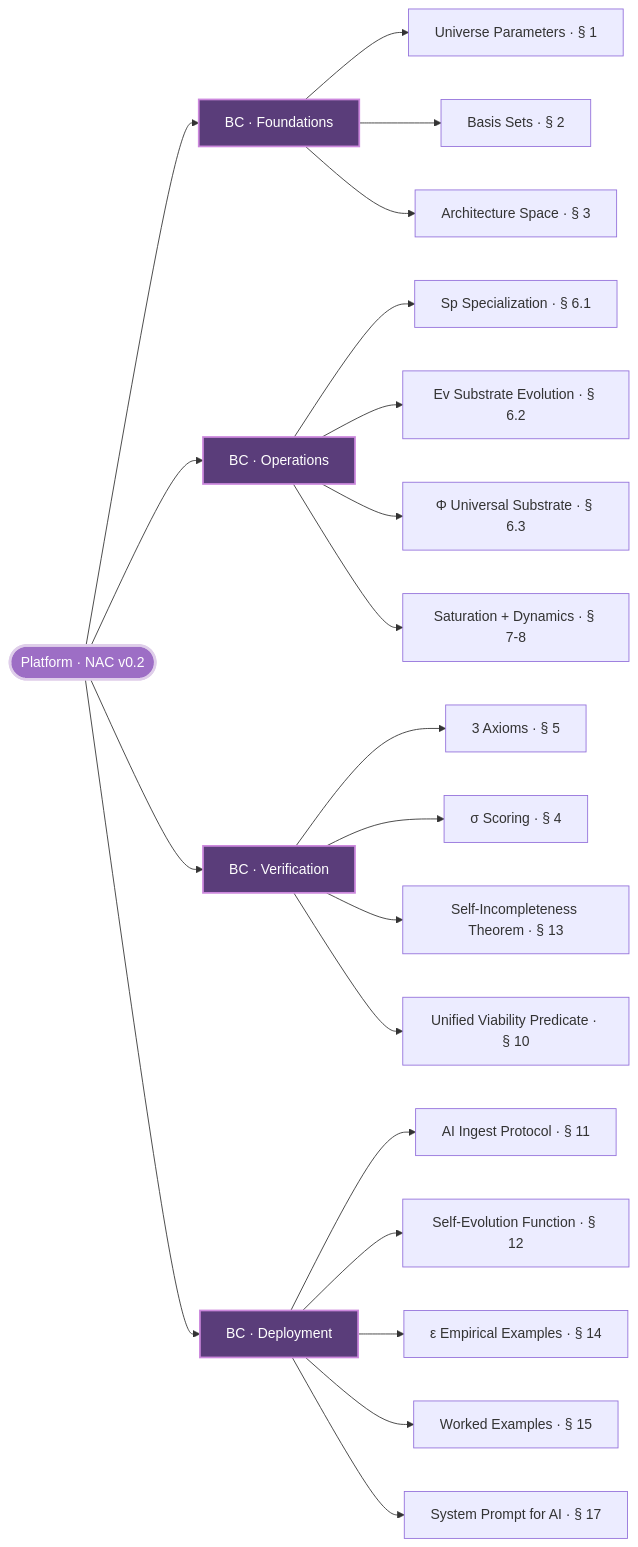
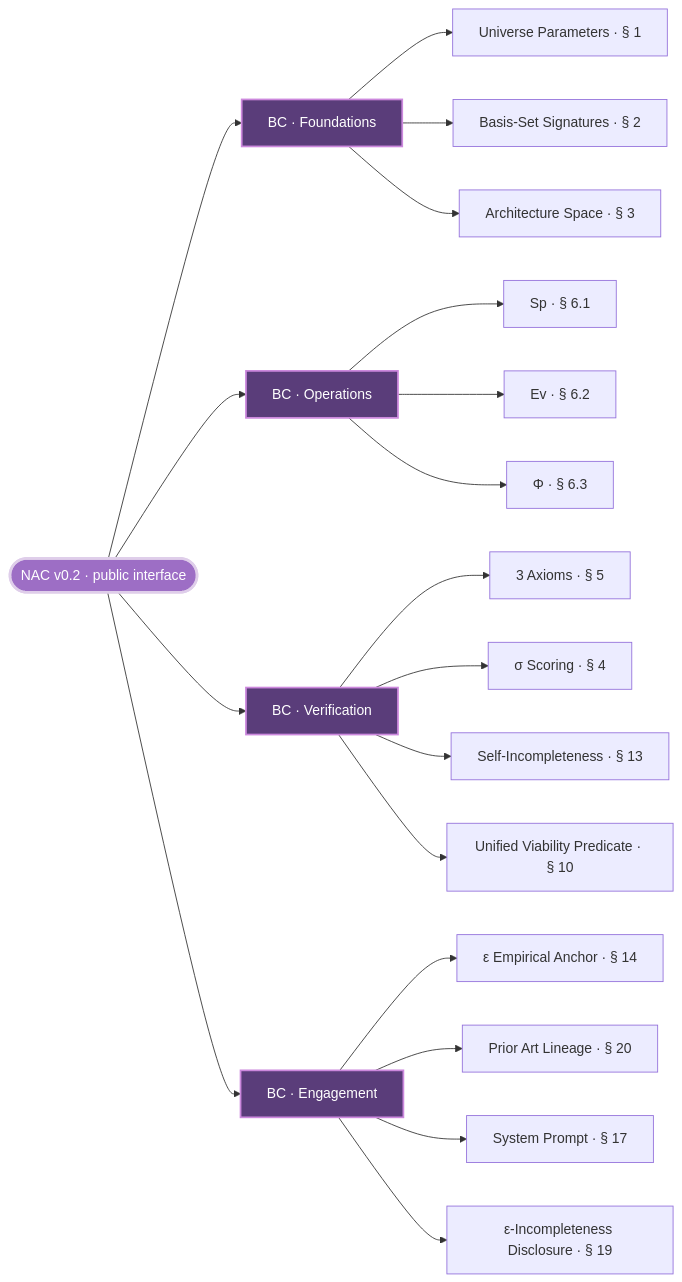
The eighth of 9 diagrams in visuals.md (LostMaxi/nac-architecture-calculus), drawn with Mermaid before and after one commit. The commit also changed other lines of this file and 2 other files, not shown here.

````diff
--- a/visuals.md
+++ b/visuals.md
@@ -253,34 +233,32 @@
 ```mermaid
 graph LR
-    PLATFORM([Platform · NAC v0.2])
+    PLATFORM([NAC v0.2 · public interface])
 
     PLATFORM --> BC1[BC · Foundations]
     PLATFORM --> BC2[BC · Operations]
     PLATFORM --> BC3[BC · Verification]
-    PLATFORM --> BC4[BC · Deployment]
+    PLATFORM --> BC4[BC · Engagement]
 
     BC1 --> Board11[Universe Parameters · § 1]
-    BC1 --> Board12[Basis Sets · § 2]
+    BC1 --> Board12[Basis-Set Signatures · § 2]
     BC1 --> Board13[Architecture Space · § 3]
 
-    BC2 --> Board21[Sp Specialization · § 6.1]
-    BC2 --> Board22[Ev Substrate Evolution · § 6.2]
-    BC2 --> Board23[Φ Universal Substrate · § 6.3]
-    BC2 --> Board24[Saturation + Dynamics · § 7-8]
+    BC2 --> Board21[Sp · § 6.1]
+    BC2 --> Board22[Ev · § 6.2]
+    BC2 --> Board23[Φ · § 6.3]
 
     BC3 --> Board31[3 Axioms · § 5]
     BC3 --> Board32[σ Scoring · § 4]
-    BC3 --> Board33[Self-Incompleteness Theorem · § 13]
+    BC3 --> Board33[Self-Incompleteness · § 13]
     BC3 --> Board34[Unified Viability Predicate · § 10]
 
-    BC4 --> Board41[AI Ingest Protocol · § 11]
-    BC4 --> Board42[Self-Evolution Function · § 12]
-    BC4 --> Board43[ε Empirical Examples · § 14]
-    BC4 --> Board44[Worked Examples · § 15]
-    BC4 --> Board45[System Prompt for AI · § 17]
+    BC4 --> Board41[ε Empirical Anchor · § 14]
+    BC4 --> Board42[Prior Art Lineage · § 20]
+    BC4 --> Board43[System Prompt · § 17]
+    BC4 --> Board44[ε-Incompleteness Disclosure · § 19]
 
     classDef platform fill:#9d6ec5,stroke:#dfceea,stroke-width:3px,color:#ffffff
     class PLATFORM platform
     classDef bc fill:#5a3d7a,stroke:#cc88dd,stroke-width:2px,color:#ffffff
     class BC1,BC2,BC3,BC4 bc
 ```
````
